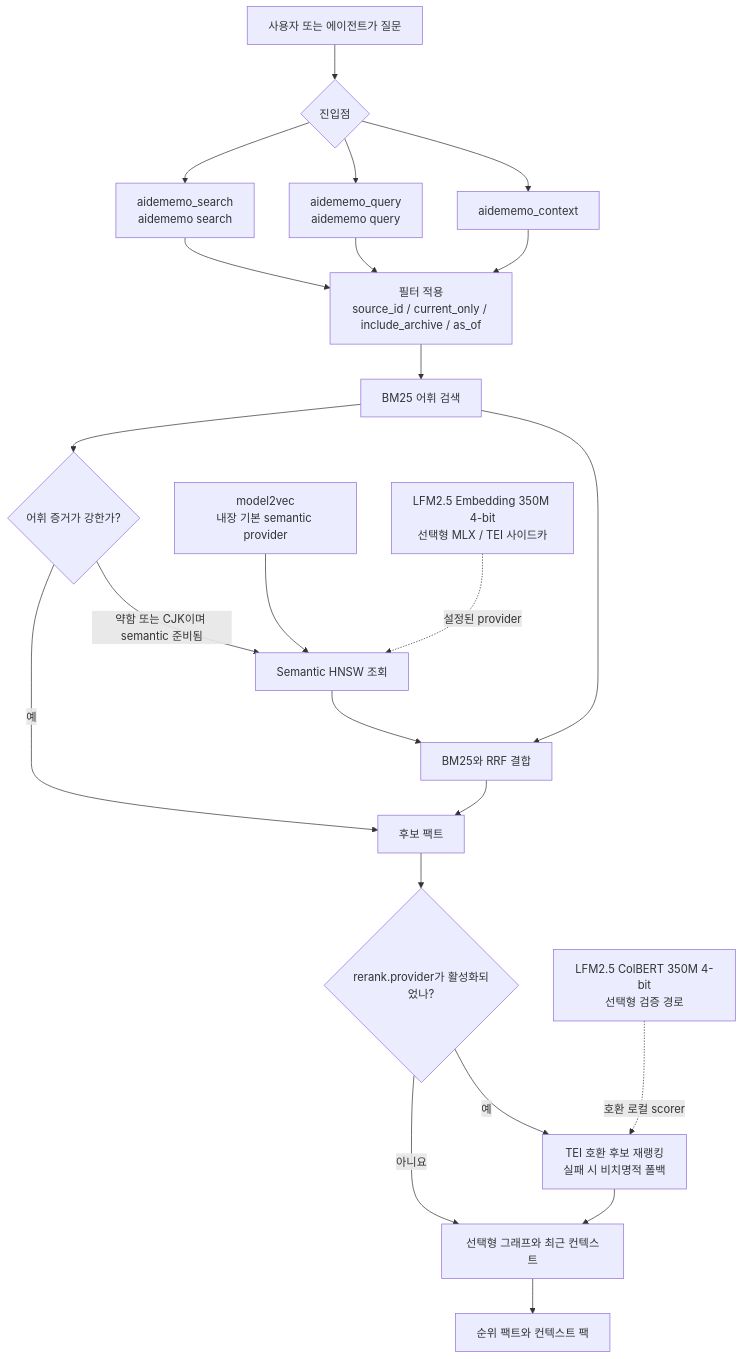
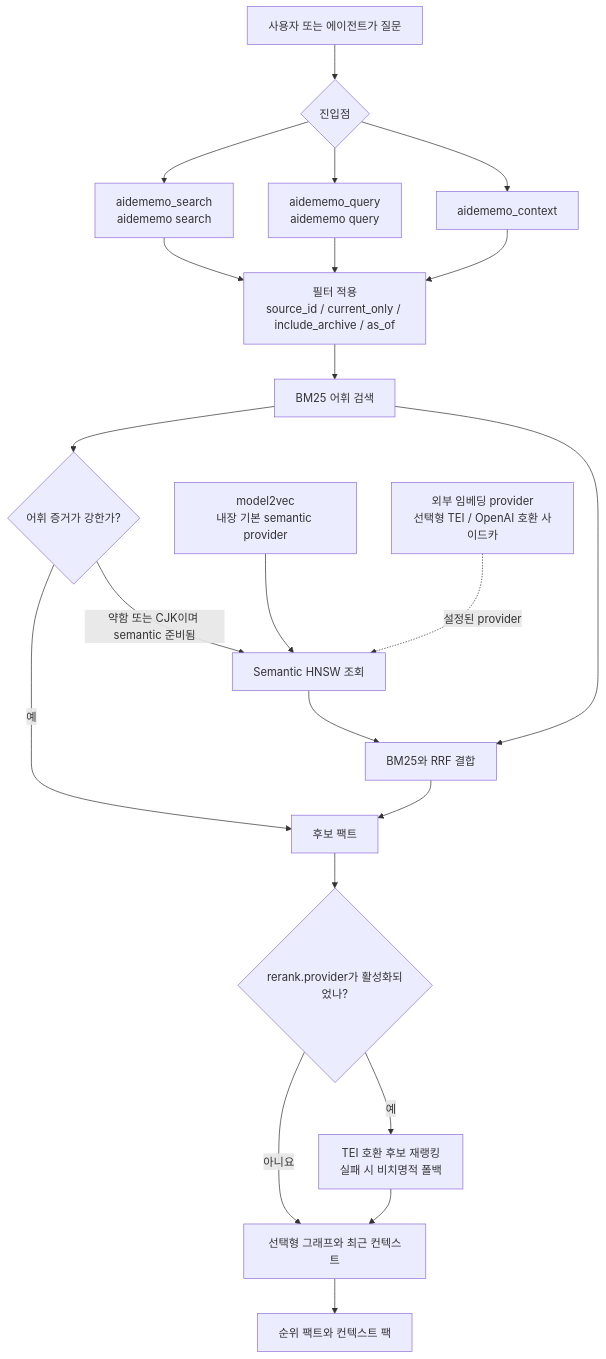
Before and after one commit to taeyun16/aidememo: the second of 4 diagrams in website/i18n/ko/docusaurus-plugin-content-docs/current/ARCHITECTURE.md, drawn with Mermaid. The commit also changed other lines of this file and 38 other files, not shown here.

````diff
--- a/website/i18n/ko/docusaurus-plugin-content-docs/current/ARCHITECTURE.md
+++ b/website/i18n/ko/docusaurus-plugin-content-docs/current/ARCHITECTURE.md
@@ -104,44 +102,42 @@
 ```mermaid
 flowchart TD
   request["사용자 또는 에이전트가 질문"]
   entry{"진입점"}
   search["aidememo_search<br/>aidememo search"]
   query["aidememo_query<br/>aidememo query"]
   context["aidememo_context"]
   filters["필터 적용<br/>source_id / current_only / include_archive / as_of"]
   bm25["BM25 어휘 검색"]
   auto_gate{"어휘 증거가 강한가?"}
   model2vec["model2vec<br/>내장 기본 semantic provider"]
-  lfm_embed["LFM2.5 Embedding 350M 4-bit<br/>선택형 MLX / TEI 사이드카"]
+  external_embed["외부 임베딩 provider<br/>선택형 TEI / OpenAI 호환 사이드카"]
   hnsw["Semantic HNSW 조회"]
   fuse["BM25와 RRF 결합"]
   candidates["후보 팩트"]
   rerank_gate{"rerank.provider가 활성화되었나?"}
   rerank["TEI 호환 후보 재랭킹<br/>실패 시 비치명적 폴백"]
-  lfm_rerank["LFM2.5 ColBERT 350M 4-bit<br/>선택형 검증 경로"]
   graphCtx["선택형 그래프와 최근 컨텍스트"]
   result["순위 팩트와 컨텍스트 팩"]
 
   request --> entry
   entry --> search
   entry --> query
   entry --> context
   search --> filters
   query --> filters
   context --> filters
   filters --> bm25
   bm25 --> auto_gate
   auto_gate -->|예| candidates
   auto_gate -->|약함 또는 CJK이며 semantic 준비됨| hnsw
   model2vec --> hnsw
-  lfm_embed -. "설정된 provider" .-> hnsw
+  external_embed -. "설정된 provider" .-> hnsw
   bm25 --> fuse
   hnsw --> fuse
   fuse --> candidates
   candidates --> rerank_gate
   rerank_gate -->|아니요| graphCtx
   rerank_gate -->|예| rerank
-  lfm_rerank -. "호환 로컬 scorer" .-> rerank
   rerank --> graphCtx
   graphCtx --> result
 ```
````
